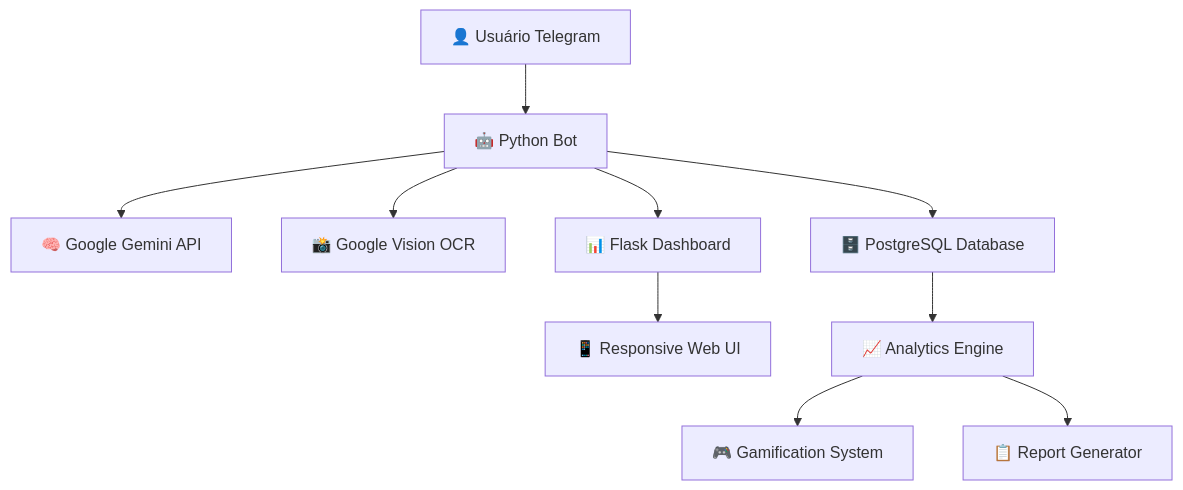
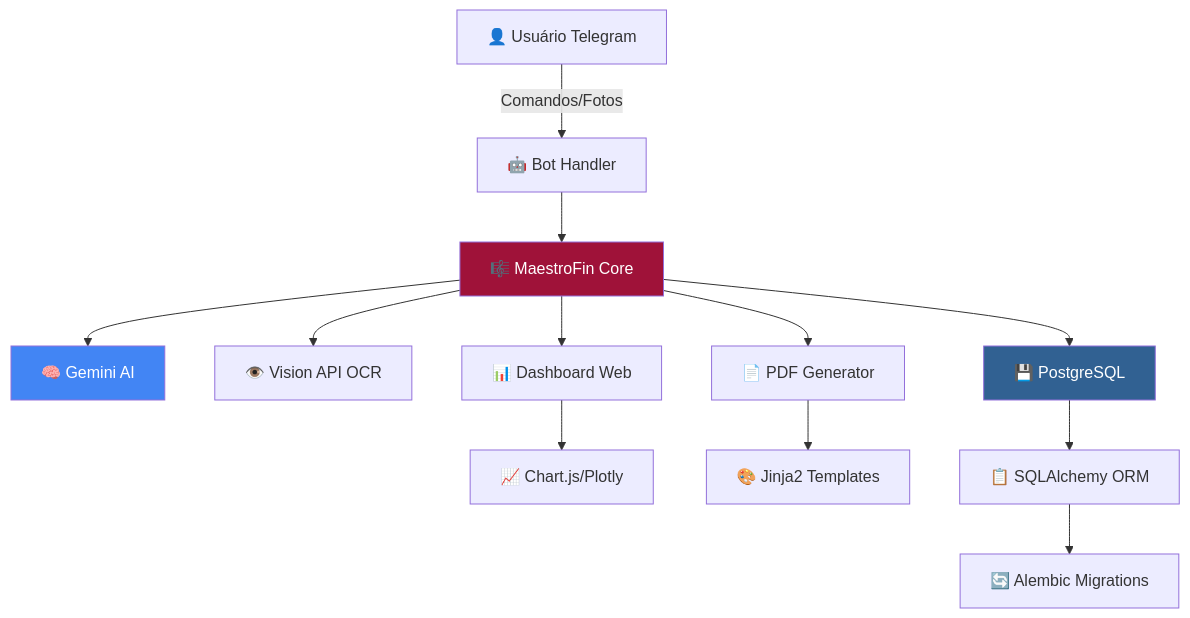
The first of 2 diagrams in README.md (henrique-jfp/MaestroFin), drawn with Mermaid before and after one commit. The commit also changed other lines of this file, not shown here.

````diff
--- a/README.md
+++ b/README.md
@@ -167,12 +214,22 @@
 ```mermaid
 graph TB
-    A[👤 Usuário Telegram] --> B[🤖 Python Bot]
-    B --> C[🧠 Google Gemini API]
-    B --> D[📸 Google Vision OCR]
-    B --> E[🗄️ PostgreSQL Database]
-    B --> F[📊 Flask Dashboard]
-    F --> G[📱 Responsive Web UI]
-    E --> H[📈 Analytics Engine]
-    H --> I[🎮 Gamification System]
-    H --> J[📋 Report Generator]
+    A[👤 Usuário Telegram] -->|Comandos/Fotos| B[🤖 Bot Handler]
+    B --> C[🎼 MaestroFin Core]
+    
+    C --> D[🧠 Gemini AI]
+    C --> E[👁️ Vision API OCR]
+    C --> F[💾 PostgreSQL]
+    
+    C --> G[📊 Dashboard Web]
+    G --> H[📈 Chart.js/Plotly]
+    
+    C --> I[📄 PDF Generator]
+    I --> J[🎨 Jinja2 Templates]
+    
+    F --> K[📋 SQLAlchemy ORM]
+    K --> L[🔄 Alembic Migrations]
+    
+    style C fill:#9f1239,color:#fff
+    style D fill:#4285f4,color:#fff
+    style F fill:#316192,color:#fff
 ```
````
